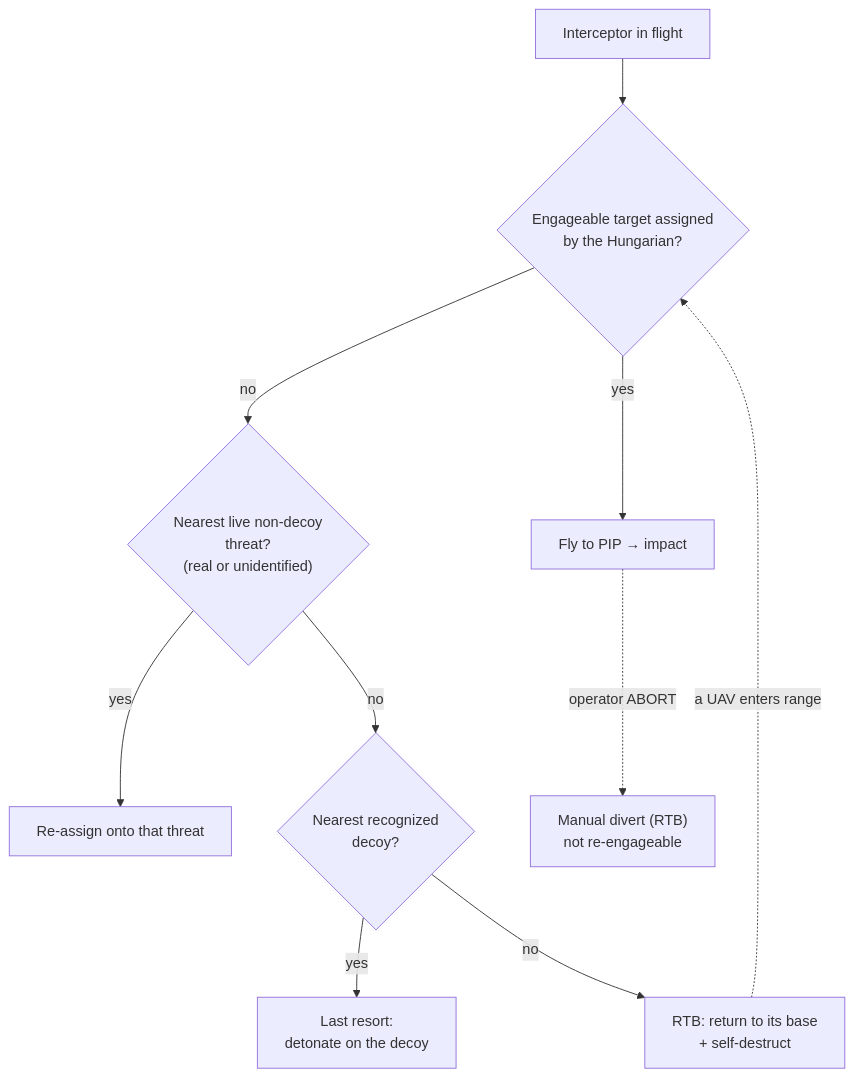
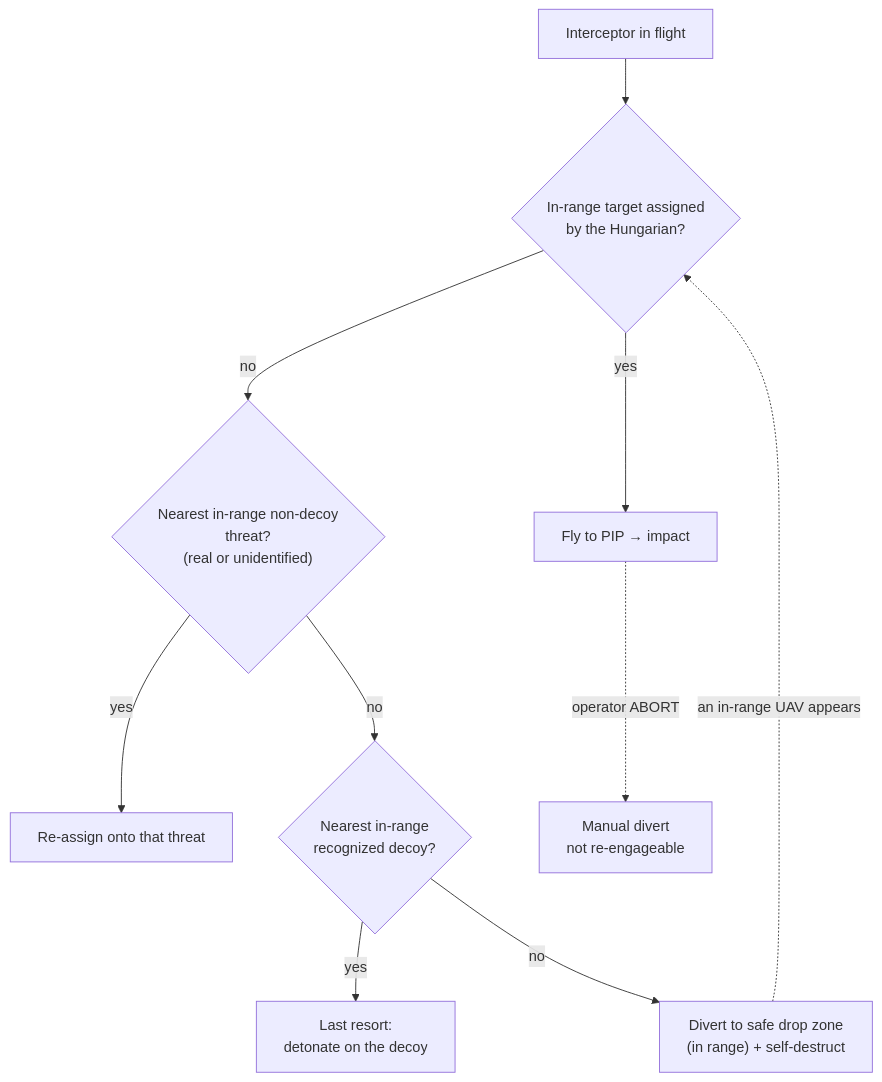
The fourth of 4 diagrams in README.md (Sagbyy/vanguard-c2), drawn with Mermaid before and after one commit. The commit also changed other lines of this file and 12 other files, not shown here.

````diff
--- a/README.md
+++ b/README.md
@@ -164,12 +169,12 @@
 ```mermaid
 flowchart TD
-    S["Interceptor in flight"] --> Q1{"Engageable target assigned<br/>by the Hungarian?"}
+    S["Interceptor in flight"] --> Q1{"In-range target assigned<br/>by the Hungarian?"}
     Q1 -- yes --> ENG["Fly to PIP → impact"]
-    Q1 -- no --> Q2{"Nearest live non-decoy<br/>threat?<br/>(real or unidentified)"}
+    Q1 -- no --> Q2{"Nearest in-range non-decoy<br/>threat?<br/>(real or unidentified)"}
     Q2 -- yes --> RA["Re-assign onto that threat"]
-    Q2 -- no --> Q3{"Nearest recognized<br/>decoy?"}
+    Q2 -- no --> Q3{"Nearest in-range<br/>recognized decoy?"}
     Q3 -- yes --> DEC["Last resort:<br/>detonate on the decoy"]
-    Q3 -- no --> RTB["RTB: return to its base<br/>+ self-destruct"]
-    RTB -. "a UAV enters range" .-> Q1
-    ENG -. "operator ABORT" .-> AB["Manual divert (RTB)<br/>not re-engageable"]
+    Q3 -- no --> RTB["Divert to safe drop zone<br/>(in range) + self-destruct"]
+    RTB -. "an in-range UAV appears" .-> Q1
+    ENG -. "operator ABORT" .-> AB["Manual divert<br/>not re-engageable"]
 ```
````
